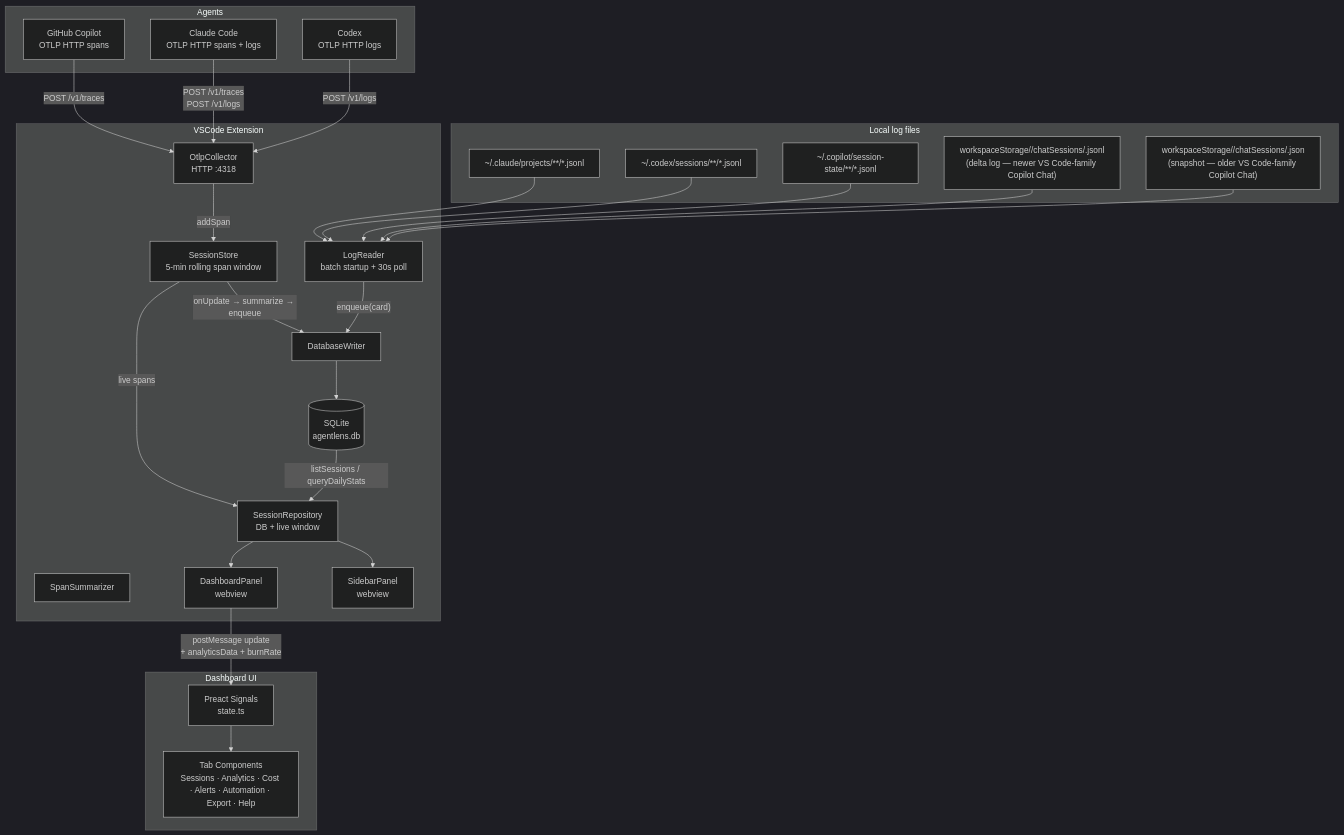
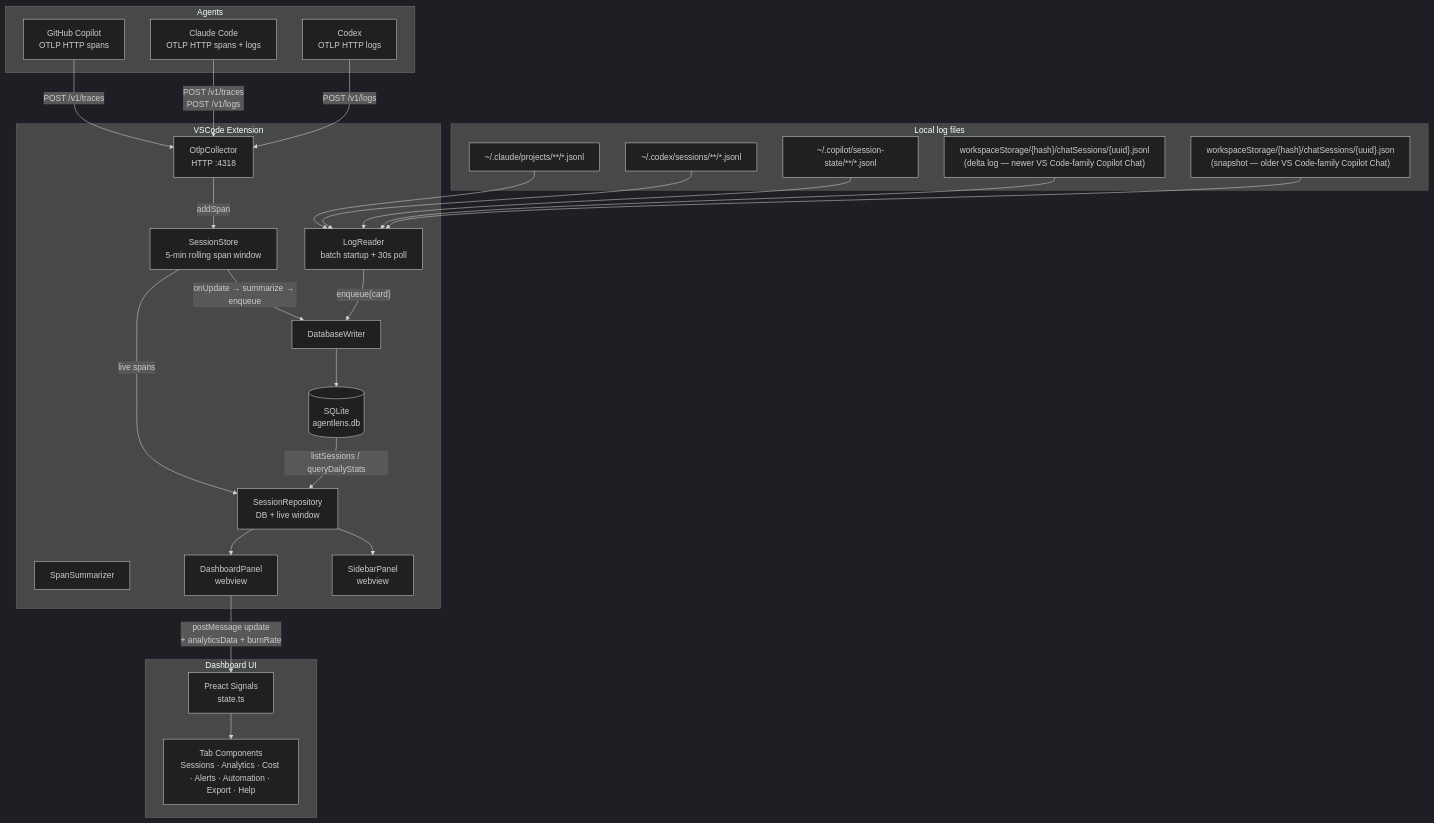
One commit to RogerReed/agentlens changed the first of 19 diagrams in ARCHITECTURE.md. Above: the diagram before and after it, drawn with Mermaid (dark theme).

Commit message:
fix: replace <hash>/<uuid> with {hash}/{uuid} in Mermaid diagram labels
Angle-bracket placeholders inside Mermaid node labels are parsed as HTML
tags, stripped by the renderer, and the adjacent slashes collapse into \\
artifacts in the rendered diagram. Curly braces are inert in Mermaid and
render as literal text.

````diff
--- a/ARCHITECTURE.md
+++ b/ARCHITECTURE.md
@@ -27,52 +27,52 @@
 ```mermaid
 graph TB
     subgraph Agents
         CP[GitHub Copilot<br/>OTLP HTTP spans]
         CC[Claude Code<br/>OTLP HTTP spans + logs]
         CX[Codex<br/>OTLP HTTP logs]
     end
 
     subgraph LocalLogs["Local log files"]
         CL_LOGS["~/.claude/projects/**/*.jsonl"]
         CX_LOGS["~/.codex/sessions/**/*.jsonl"]
         CP_LOGS["~/.copilot/session-state/**/*.jsonl"]
-        CP_VS["workspaceStorage/<hash>/chatSessions/<uuid>.jsonl<br/>(delta log — newer VS Code-family Copilot Chat)"]
-        CP_JSON["workspaceStorage/<hash>/chatSessions/<uuid>.json<br/>(snapshot — older VS Code-family Copilot Chat)"]
+        CP_VS["workspaceStorage/{hash}/chatSessions/{uuid}.jsonl<br/>(delta log — newer VS Code-family Copilot Chat)"]
+        CP_JSON["workspaceStorage/{hash}/chatSessions/{uuid}.json<br/>(snapshot — older VS Code-family Copilot Chat)"]
     end
 
     subgraph VSCode Extension
         COL[OtlpCollector<br/>HTTP :4318]
         LR[LogReader<br/>batch startup + 30s poll]
         STO[SessionStore<br/>5-min rolling span window]
         SUM[SpanSummarizer]
         WRI[DatabaseWriter]
         DB[(SQLite<br/>agentlens.db)]
         REPO[SessionRepository<br/>DB + live window]
         SID[SidebarPanel<br/>webview]
         DASH[DashboardPanel<br/>webview]
     end
 
     subgraph Dashboard UI
         STATE[Preact Signals<br/>state.ts]
         TABS[Tab Components<br/>Sessions · Analytics · Cost · Alerts · Automation · Export · Help]
     end
 
     CP -- "POST /v1/traces" --> COL
     CC -- "POST /v1/traces<br/>POST /v1/logs" --> COL
     CX -- "POST /v1/logs" --> COL
 
     COL -- addSpan --> STO
     STO -- onUpdate → summarize → enqueue --> WRI
 
     CL_LOGS & CX_LOGS & CP_LOGS & CP_VS & CP_JSON --> LR
     LR -- "enqueue(card)" --> WRI
 
     WRI --> DB
     DB -- listSessions / queryDailyStats --> REPO
     STO -- live spans --> REPO
     REPO --> SID
     REPO --> DASH
 
     DASH -- "postMessage update<br/>+ analyticsData + burnRate" --> STATE
     STATE --> TABS
 ```
````
